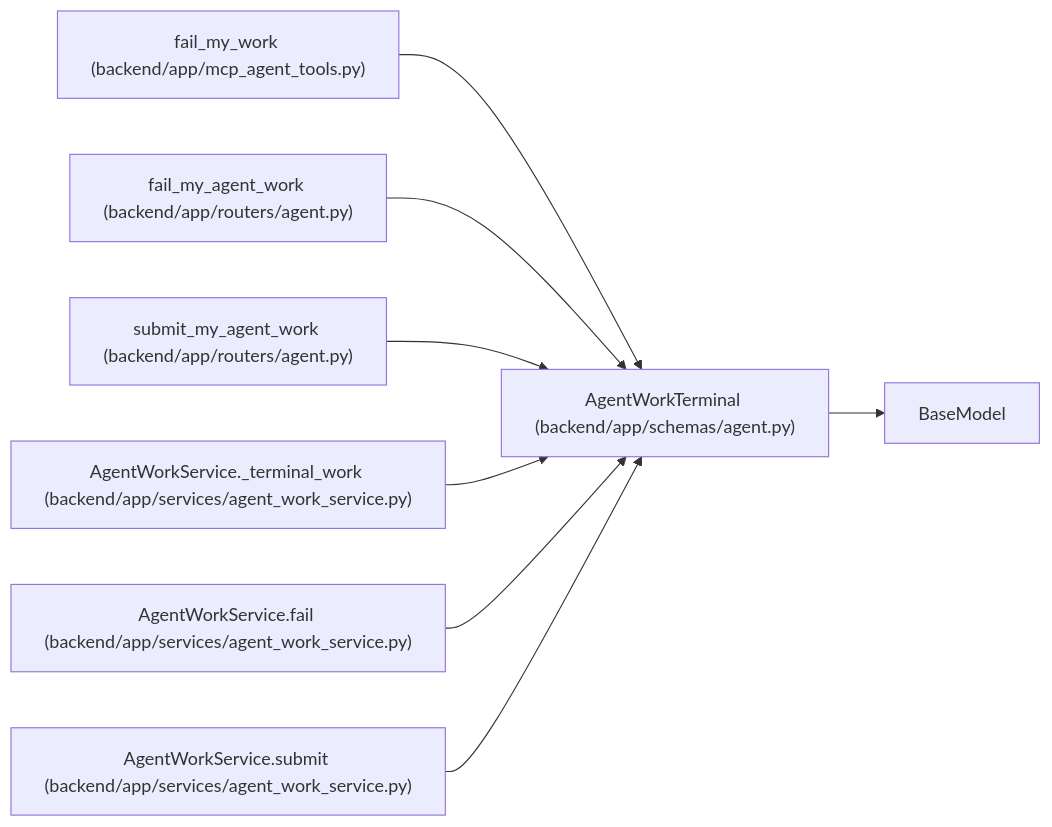
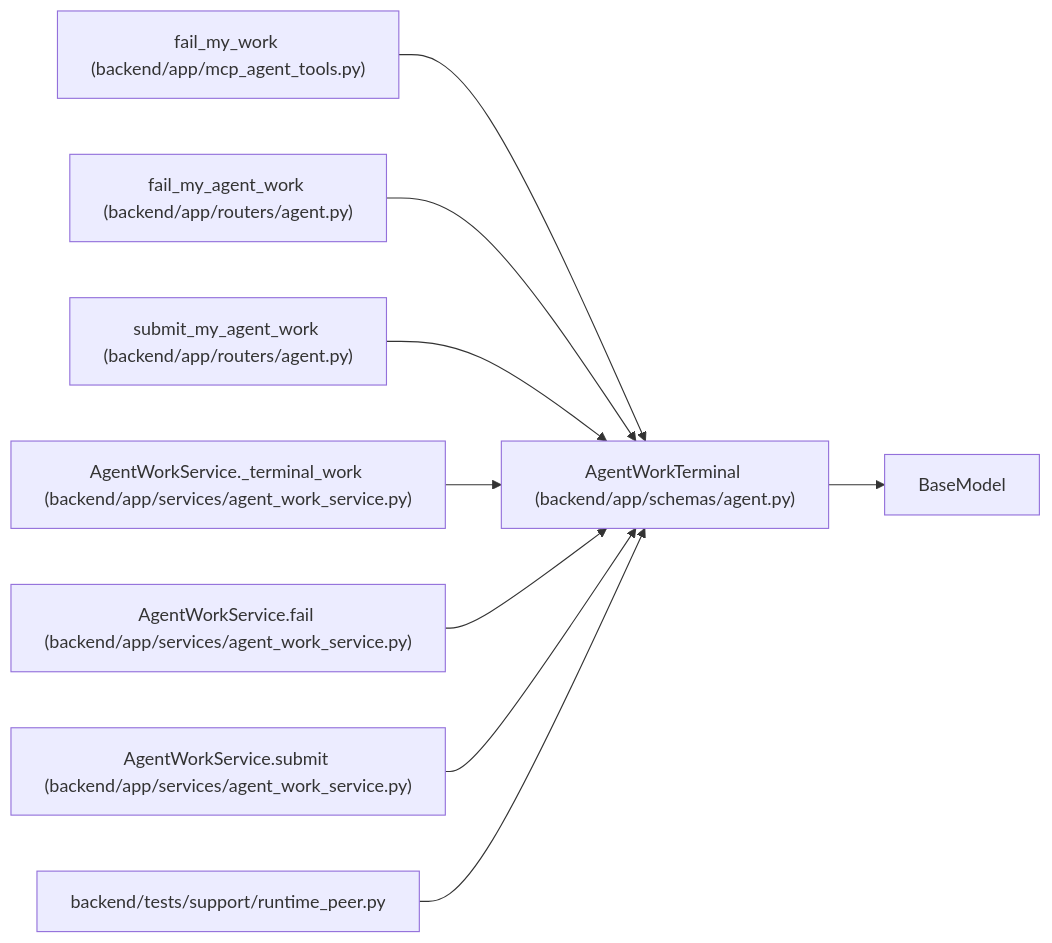
Before and after one commit to Denissvgn/WorkChord: the diagram in docs/llm_wiki/entities/AgentWorkTerminal.md, drawn with Mermaid. The commit also changed other lines of this file and 6624 other files, not shown here.

````diff
--- a/docs/llm_wiki/entities/AgentWorkTerminal.md
+++ b/docs/llm_wiki/entities/AgentWorkTerminal.md
@@ -47,25 +47,28 @@
 ```mermaid
 flowchart LR
     n0["AgentWorkTerminal (backend/app/schemas/agent.py)"]
     n1["BaseModel"]
     n2["fail_my_work (backend/app/mcp_agent_tools.py)"]
     n3["fail_my_agent_work (backend/app/routers/agent.py)"]
     n4["submit_my_agent_work (backend/app/routers/agent.py)"]
     n5["AgentWorkService._terminal_work (backend/app/services/agent_work_service.py)"]
     n6["AgentWorkService.fail (backend/app/services/agent_work_service.py)"]
     n7["AgentWorkService.submit (backend/app/services/agent_work_service.py)"]
+    n8["backend/tests/support/runtime_peer.py"]
     n0 --> n1
     n2 --> n0
     n3 --> n0
     n4 --> n0
     n5 --> n0
     n6 --> n0
     n7 --> n0
+    n8 --> n0
     click n0 "../modules/schemas_agent.md"
     click n2 "../modules/mcp_agent_tools.md"
     click n3 "../modules/routers_agent.md"
     click n4 "../modules/routers_agent.md"
     click n5 "../modules/agent_work_service.md"
     click n6 "../modules/agent_work_service.md"
     click n7 "../modules/agent_work_service.md"
+    click n8 "../modules/runtime_peer.md"
 ```
````
